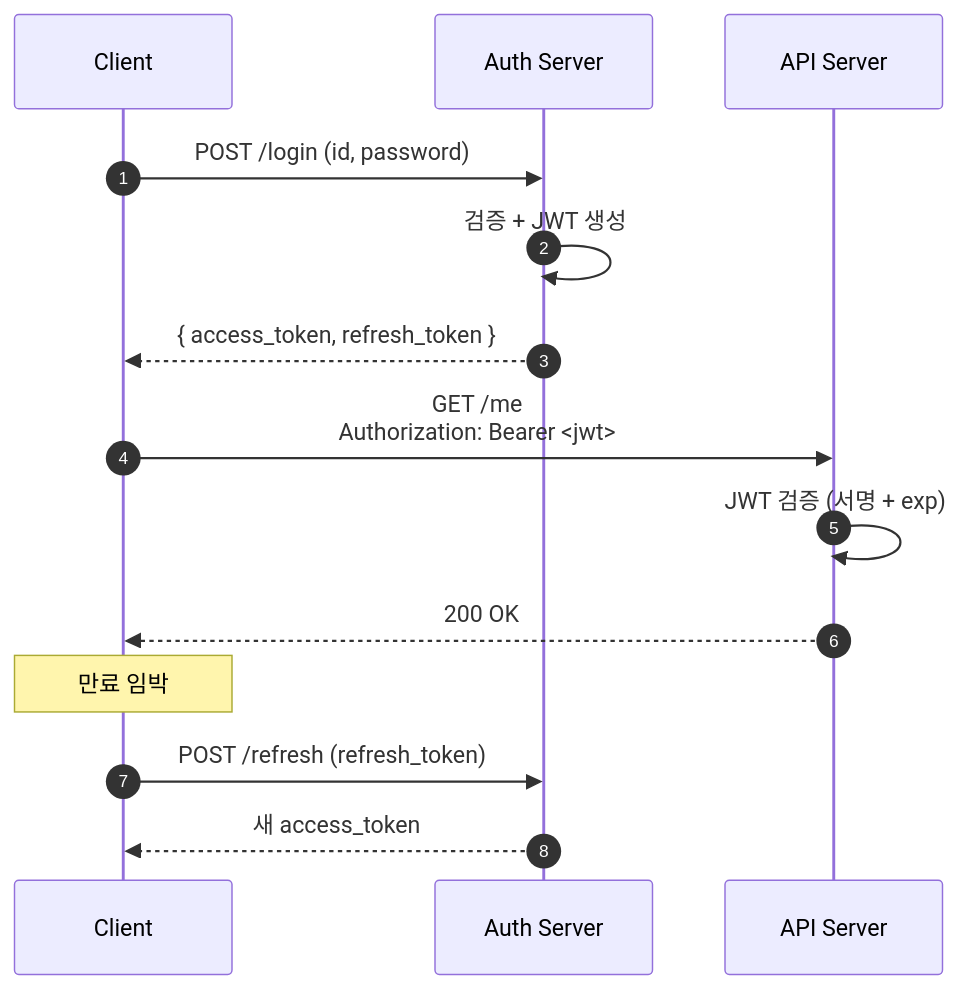
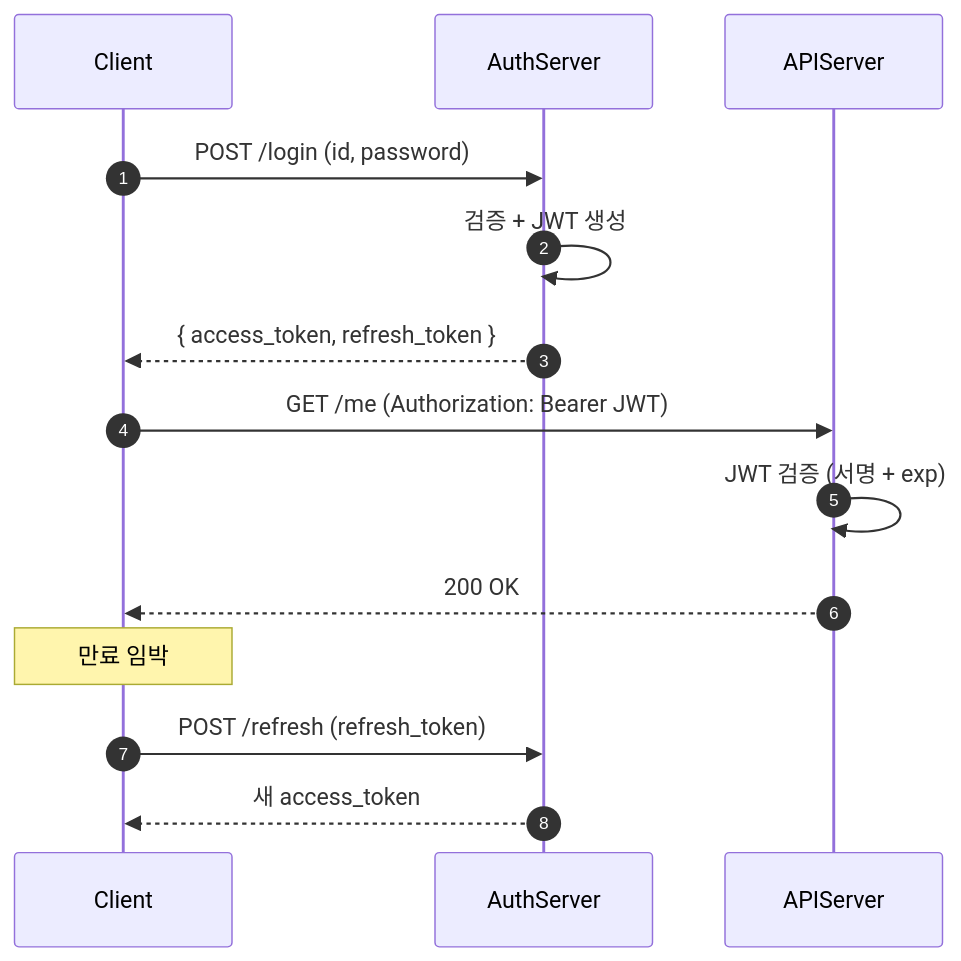
The second of 5 diagrams in src/content/wiki/auth-security/jwt.mdx (shinkeonkim/shinkeonkim.github.io), drawn with Mermaid before and after one commit. The commit also changed other lines of this file and 526 other files, not shown here.

First line of the commit message:
content(wiki): 전수조사 및 대규모 보강 (짧은 파일 0, mermaid +645)

````diff
--- a/src/content/wiki/auth-security/jwt.mdx
+++ b/src/content/wiki/auth-security/jwt.mdx
@@ -60,17 +94,17 @@
 ```mermaid
 sequenceDiagram
     autonumber
     participant C as Client
-    participant Auth as Auth Server
-    participant API as API Server
+    participant Auth as AuthServer
+    participant API as APIServer
 
     C->>Auth: POST /login (id, password)
     Auth->>Auth: 검증 + JWT 생성
     Auth-->>C: { access_token, refresh_token }
-    C->>API: GET /me<br/>Authorization: Bearer <jwt>
+    C->>API: GET /me (Authorization: Bearer JWT)
     API->>API: JWT 검증 (서명 + exp)
     API-->>C: 200 OK
     Note over C: 만료 임박
     C->>Auth: POST /refresh (refresh_token)
     Auth-->>C: 새 access_token
 ```
````
